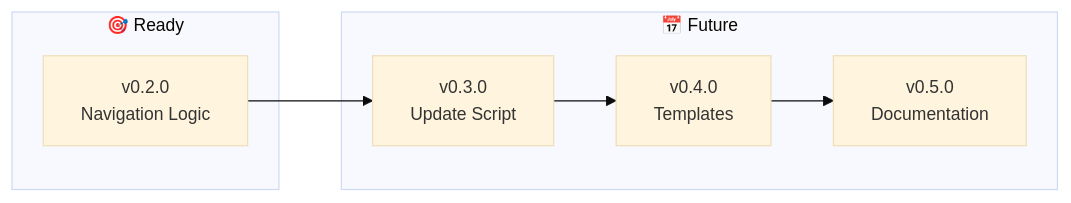
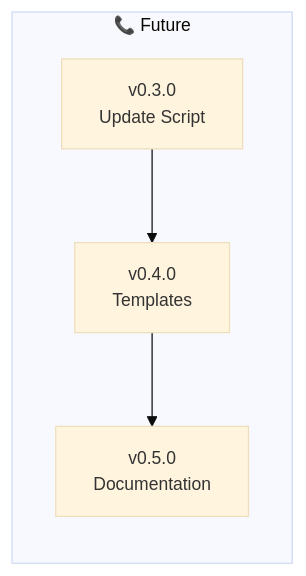
The diagram in ROADMAP.md (nonlinear/backstage), drawn with Mermaid before and after one commit. The commit also changed other lines of this file and 14 other files, not shown here.

First line of the commit message:
feat: complete v0.2.0 - backstage rebranding + navigation logic

````diff
--- a/ROADMAP.md
+++ b/ROADMAP.md
@@ -14,17 +14,12 @@
 ```mermaid
 %%{init: {'theme':'base', 'themeVariables': { 'fontSize':'14px'}}}%%
 graph LR
-    subgraph "🎯 Ready"
-        V02[v0.2.0<br/>Navigation Logic]
-    end
-
-    subgraph "📅 Future"
+    subgraph "📞 Future"
         V03[v0.3.0<br/>Update Script]
         V04[v0.4.0<br/>Templates]
         V05[v0.5.0<br/>Documentation]
     end
 
-    V02 --> V03
     V03 --> V04
     V04 --> V05
 ```
````
